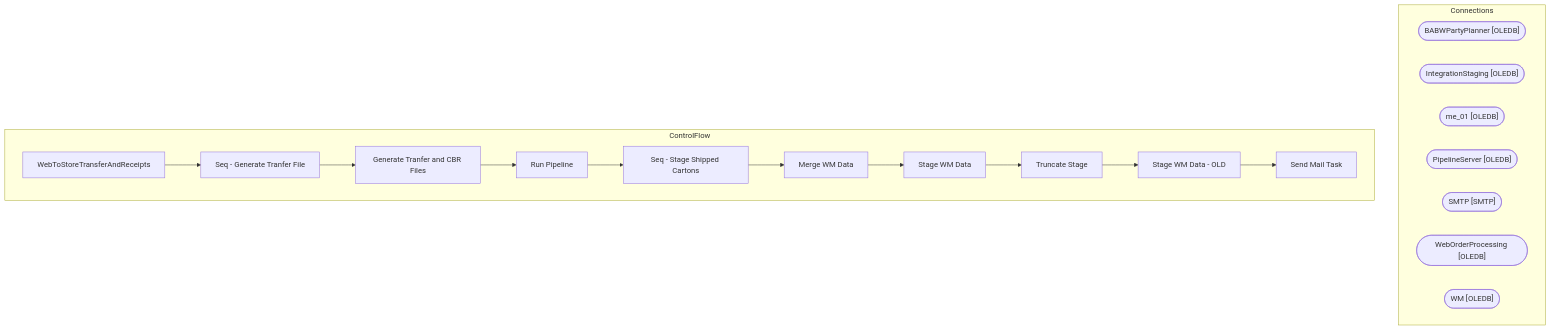
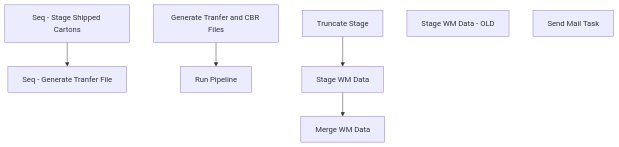
One commit to juanandresbrain/BABSkills changed the diagram in bab-docs-explorer/Documentation/STL-SSIS-P-01/SSIS/SSIS/WebToStoreTransferAndReceipts.WebToStoreTransferAndReceipts.md. Above: the diagram before and after it, drawn with Mermaid. The commit also changed other lines of this file and 273 other files, not shown here.

````diff
--- a/bab-docs-explorer/Documentation/STL-SSIS-P-01/SSIS/SSIS/WebToStoreTransferAndReceipts.WebToStoreTransferAndReceipts.md
+++ b/bab-docs-explorer/Documentation/STL-SSIS-P-01/SSIS/SSIS/WebToStoreTransferAndReceipts.WebToStoreTransferAndReceipts.md
@@ -9,33 +50,16 @@
 ```mermaid
 flowchart TD
-    subgraph Connections
-        BABWPartyPlanner_conn(["BABWPartyPlanner [OLEDB]"])
-        IntegrationStaging_conn(["IntegrationStaging [OLEDB]"])
-        me_01_conn(["me_01 [OLEDB]"])
-        PipelineServer_conn(["PipelineServer [OLEDB]"])
-        SMTP_conn(["SMTP [SMTP]"])
-        WebOrderProcessing_conn(["WebOrderProcessing [OLEDB]"])
-        WM_conn(["WM [OLEDB]"])
-    end
-    subgraph ControlFlow
-        WebToStoreTransferAndReceipts_task["WebToStoreTransferAndReceipts"]
-        Seq___Generate_Tranfer_File_task["Seq - Generate Tranfer File"]
-        WebToStoreTransferAndReceipts_task --> Seq___Generate_Tranfer_File_task
-        Generate_Tranfer_and_CBR_Files_task["Generate Tranfer and CBR Files"]
-        Seq___Generate_Tranfer_File_task --> Generate_Tranfer_and_CBR_Files_task
-        Run_Pipeline_task["Run Pipeline"]
-        Generate_Tranfer_and_CBR_Files_task --> Run_Pipeline_task
-        Seq___Stage_Shipped_Cartons_task["Seq - Stage Shipped Cartons"]
-        Run_Pipeline_task --> Seq___Stage_Shipped_Cartons_task
-        Merge_WM_Data_task["Merge WM Data"]
-        Seq___Stage_Shipped_Cartons_task --> Merge_WM_Data_task
-        Stage_WM_Data_task["Stage WM Data"]
-        Merge_WM_Data_task --> Stage_WM_Data_task
-        Truncate_Stage_task["Truncate Stage"]
-        Stage_WM_Data_task --> Truncate_Stage_task
-        Stage_WM_Data___OLD_task["Stage WM Data - OLD"]
-        Truncate_Stage_task --> Stage_WM_Data___OLD_task
-        Send_Mail_Task_task["Send Mail Task"]
-        Stage_WM_Data___OLD_task --> Send_Mail_Task_task
-    end
+    n_Package_Seq___Generate_Tranfer_File["Seq - Generate Tranfer File"]
+    n_Package_Seq___Generate_Tranfer_File_Generate_Tranfer_and_CBR_Files["Generate Tranfer and CBR Files"]
+    n_Package_Seq___Generate_Tranfer_File_Run_Pipeline["Run Pipeline"]
+    n_Package_Seq___Stage_Shipped_Cartons["Seq - Stage Shipped Cartons"]
+    n_Package_Seq___Stage_Shipped_Cartons_Merge_WM_Data["Merge WM Data"]
+    n_Package_Seq___Stage_Shipped_Cartons_Stage_WM_Data["Stage WM Data"]
+    n_Package_Seq___Stage_Shipped_Cartons_Truncate_Stage["Truncate Stage"]
+    n_Package_Stage_WM_Data___OLD["Stage WM Data - OLD"]
+    n_Package_EventHandlers_OnError__Send_Mail_Task["Send Mail Task"]
+    n_Package_Seq___Generate_Tranfer_File_Generate_Tranfer_and_CBR_Files --> n_Package_Seq___Generate_Tranfer_File_Run_Pipeline
+    n_Package_Seq___Stage_Shipped_Cartons_Truncate_Stage --> n_Package_Seq___Stage_Shipped_Cartons_Stage_WM_Data
+    n_Package_Seq___Stage_Shipped_Cartons_Stage_WM_Data --> n_Package_Seq___Stage_Shipped_Cartons_Merge_WM_Data
+    n_Package_Seq___Stage_Shipped_Cartons --> n_Package_Seq___Generate_Tranfer_File
 ```
````
